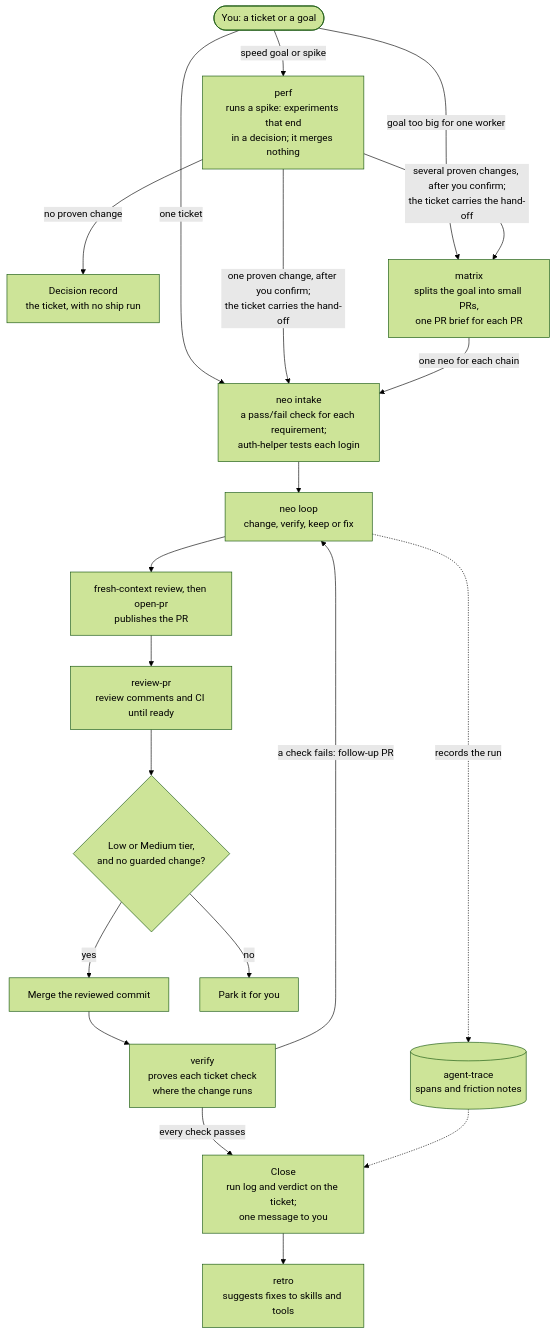
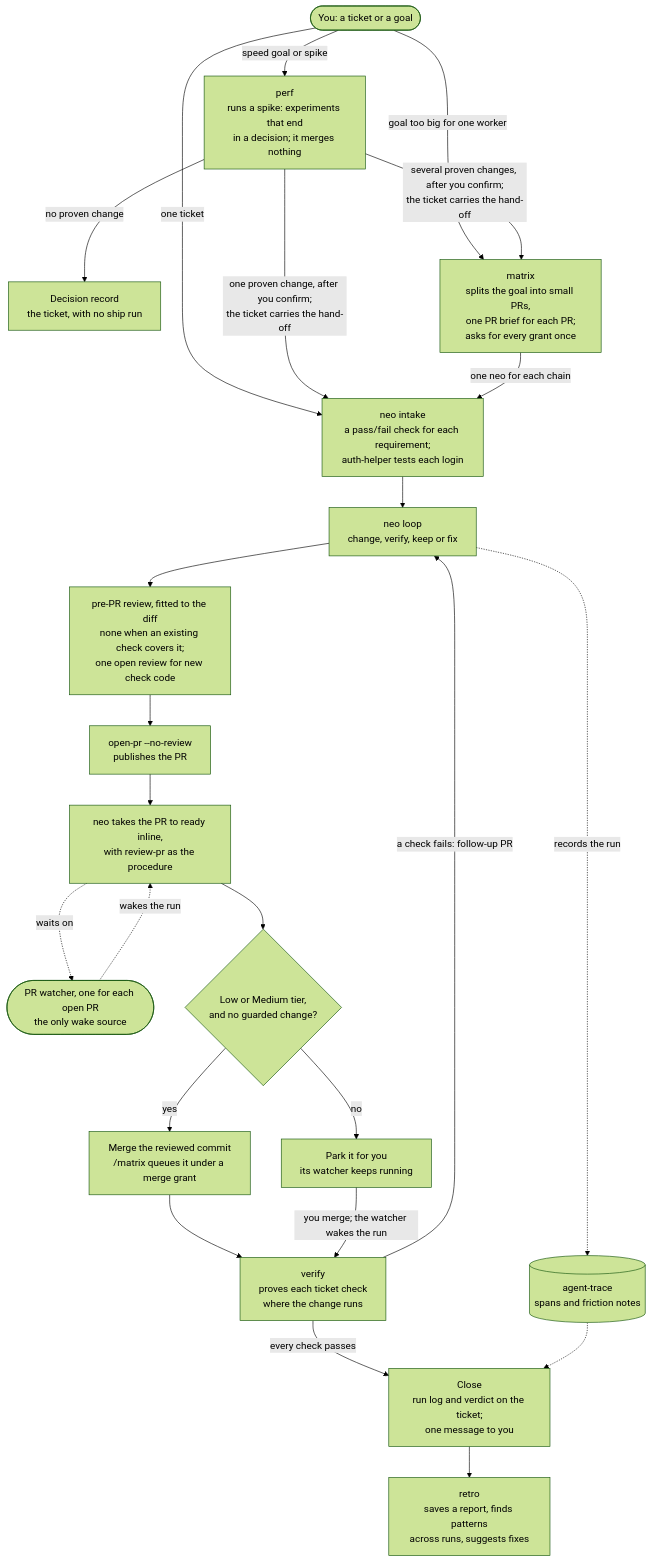
Before and after one commit to sucramual/mp: the diagram in skills/neo-suite.md, drawn with Mermaid (forest theme). The commit also changed other lines of this file, not shown here.

Commit message:
docs(skills): refresh the neo suite diagram for the PR watcher, fitted review, and parks (#58)

````diff
--- a/skills/neo-suite.md
+++ b/skills/neo-suite.md
@@ -6,34 +6,40 @@
 ```mermaid
 flowchart TD
     you([You: a ticket or a goal])
     perf["perf<br/>runs a spike: experiments that end<br/>in a decision; it merges nothing"]
     decision["Decision record<br/>the ticket, with no ship run"]
-    matrix["matrix<br/>splits the goal into small PRs,<br/>one PR brief for each PR"]
+    matrix["matrix<br/>splits the goal into small PRs,<br/>one PR brief for each PR;<br/>asks for every grant once"]
     intake["neo intake<br/>a pass/fail check for each requirement;<br/>auth-helper tests each login"]
     loop["neo loop<br/>change, verify, keep or fix"]
-    openpr["fresh-context review, then open-pr<br/>publishes the PR"]
-    reviewpr["review-pr<br/>review comments and CI until ready"]
+    review["pre-PR review, fitted to the diff<br/>none when an existing check covers it;<br/>one open review for new check code"]
+    openpr["open-pr --no-review<br/>publishes the PR"]
+    ready["neo takes the PR to ready inline,<br/>with review-pr as the procedure"]
+    watcher(["PR watcher, one for each open PR<br/>the only wake source"])
     tier{"Low or Medium tier,<br/>and no guarded change?"}
-    merge["Merge the reviewed commit"]
-    park["Park it for you"]
+    merge["Merge the reviewed commit<br/>/matrix queues it under a merge grant"]
+    park["Park it for you<br/>its watcher keeps running"]
     verify["verify<br/>proves each ticket check<br/>where the change runs"]
     trace[("agent-trace<br/>spans and friction notes")]
     close["Close<br/>run log and verdict on the ticket;<br/>one message to you"]
-    retro["retro<br/>suggests fixes to skills and tools"]
+    retro["retro<br/>saves a report, finds patterns<br/>across runs, suggests fixes"]
 
     you -->|one ticket| intake
     you -->|goal too big for one worker| matrix
     you -->|speed goal or spike| perf
     perf -->|one proven change, after you confirm;<br/>the ticket carries the hand-off| intake
     perf -->|several proven changes, after you confirm;<br/>the ticket carries the hand-off| matrix
     perf -->|no proven change| decision
     matrix -->|one neo for each chain| intake
-    intake --> loop --> openpr --> reviewpr --> tier
+    intake --> loop --> review --> openpr --> ready
+    ready -.->|waits on| watcher
+    watcher -.->|wakes the run| ready
+    ready --> tier
     tier -->|yes| merge --> verify
     tier -->|no| park
+    park -->|you merge; the watcher wakes the run| verify
     verify -->|a check fails: follow-up PR| loop
     verify -->|every check passes| close
     loop -.->|records the run| trace
     trace -.-> close
     close --> retro
 ```
````
